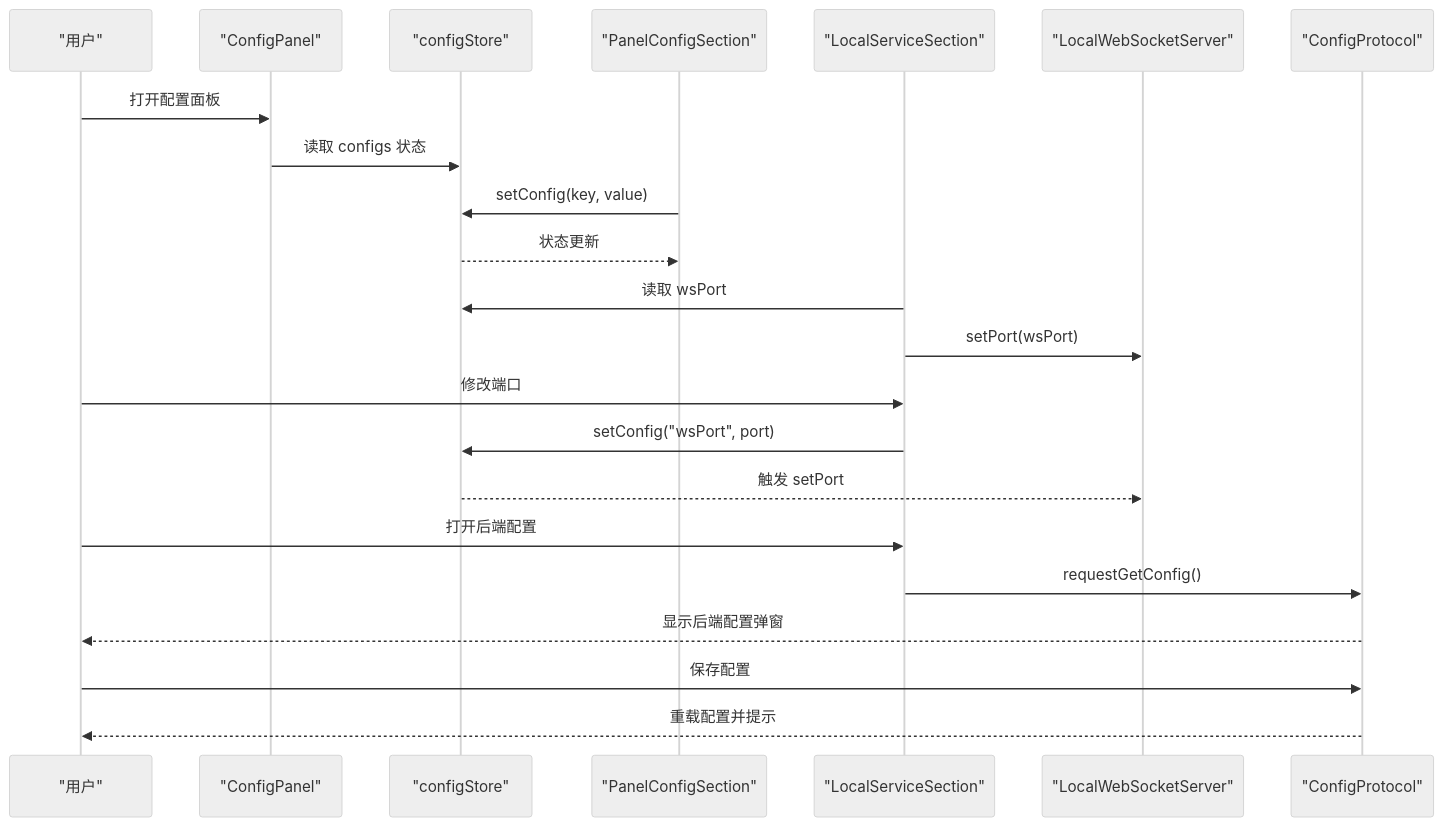
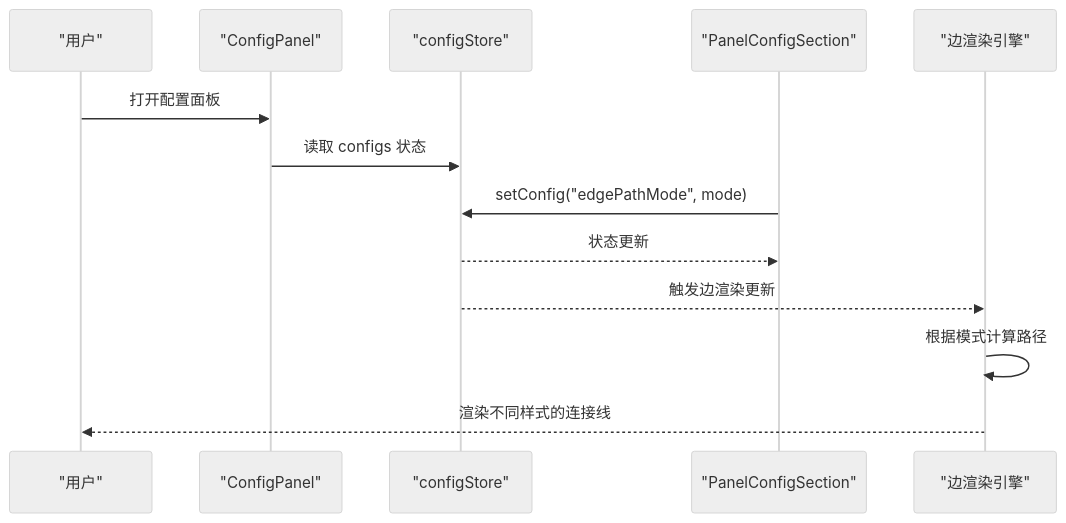
One commit to kqcoxn/MaaPipelineEditor changed the second of 4 diagrams in .qoder/repowiki/zh/content/用户界面/面板系统/配置面板/配置面板.md. Above: the diagram before and after it, drawn with Mermaid (neutral theme). The commit also changed other lines of this file and 3 other files, not shown here.

````diff
--- a/.qoder/repowiki/zh/content/用户界面/面板系统/配置面板/配置面板.md
+++ b/.qoder/repowiki/zh/content/用户界面/面板系统/配置面板/配置面板.md
@@ -111,24 +129,15 @@
 ```mermaid
 sequenceDiagram
 participant U as "用户"
 participant CP as "ConfigPanel"
 participant CS as "configStore"
 participant PC as "PanelConfigSection"
-participant LS as "LocalServiceSection"
-participant WS as "LocalWebSocketServer"
-participant CFG as "ConfigProtocol"
+participant ED as "边渲染引擎"
 U->>CP : 打开配置面板
 CP->>CS : 读取 configs 状态
-PC->>CS : setConfig(key, value)
+PC->>CS : setConfig("edgePathMode", mode)
 CS-->>PC : 状态更新
-LS->>CS : 读取 wsPort
-LS->>WS : setPort(wsPort)
-U->>LS : 修改端口
-LS->>CS : setConfig("wsPort", port)
-CS-->>WS : 触发 setPort
-U->>LS : 打开后端配置
-LS->>CFG : requestGetConfig()
-CFG-->>U : 显示后端配置弹窗
-U->>CFG : 保存配置
-CFG-->>U : 重载配置并提示
+CS-->>ED : 触发边渲染更新
+ED->>ED : 根据模式计算路径
+ED-->>U : 渲染不同样式的连接线
 ```
````
